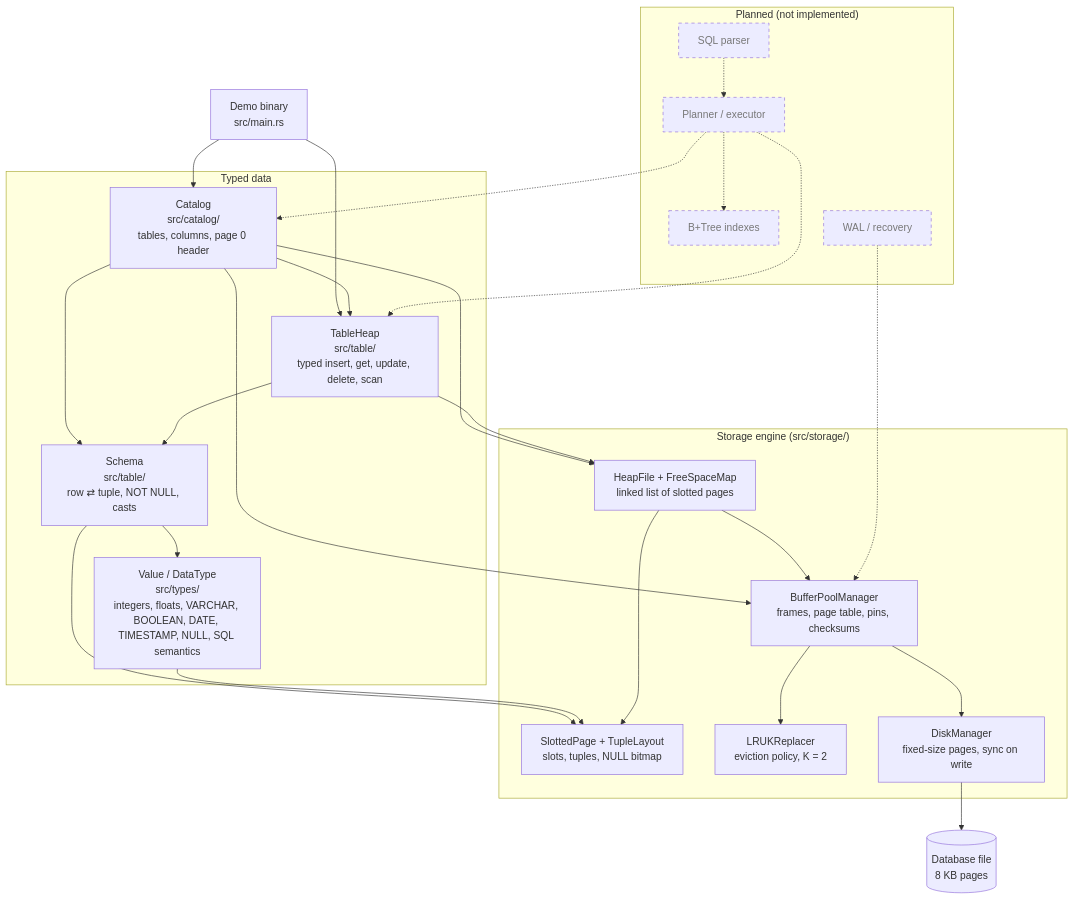
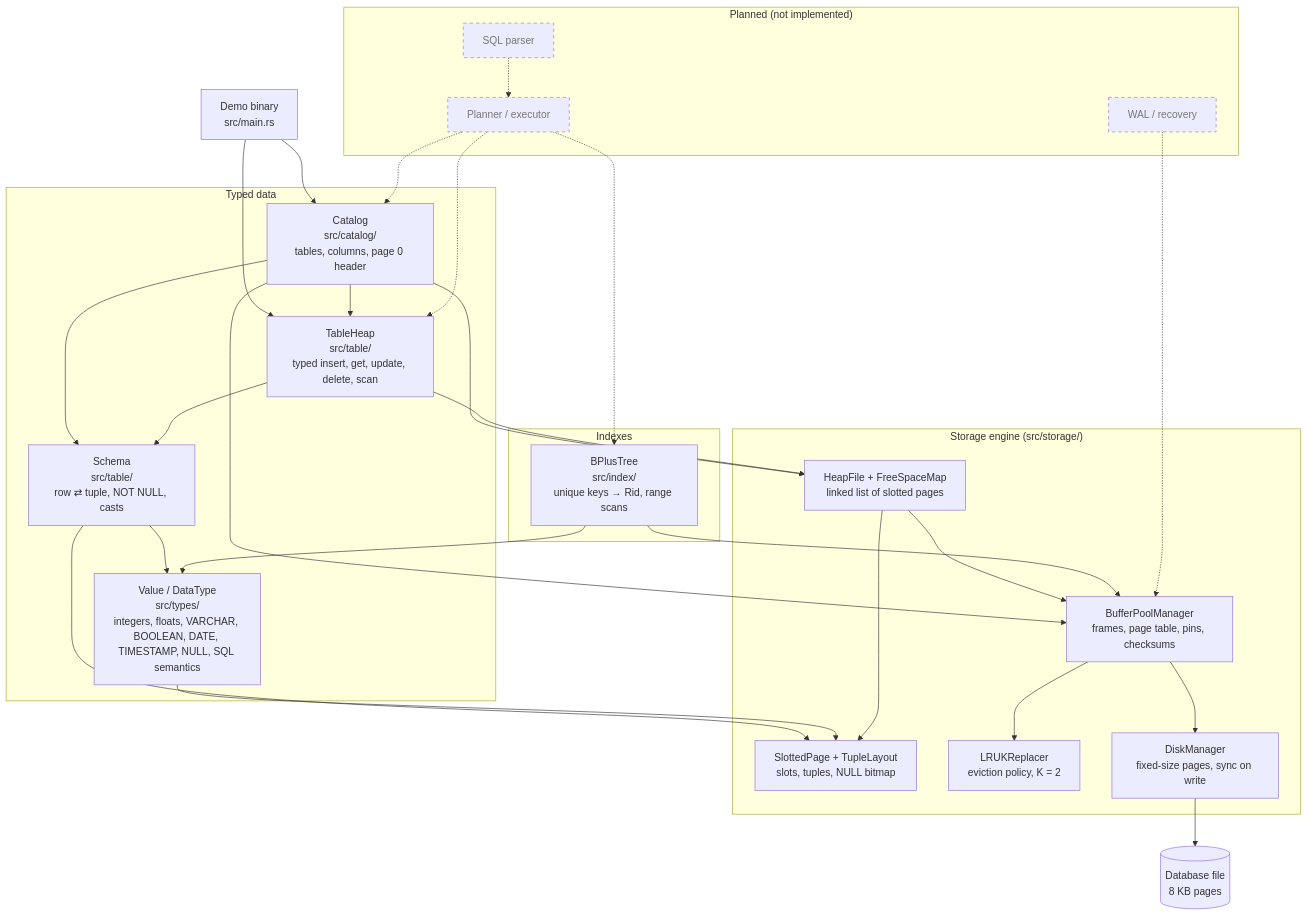
One commit to RodrigoGrz/ferro-db changed the diagram in docs/architecture.md. Above: the diagram before and after it, drawn with Mermaid. The commit also changed other lines of this file and 22 other files, not shown here.

````diff
--- a/docs/architecture.md
+++ b/docs/architecture.md
@@ -9,53 +9,58 @@
 ```mermaid
 flowchart TD
     demo["Demo binary<br/>src/main.rs"]
 
     subgraph upper["Typed data"]
         catalog["Catalog<br/>src/catalog/<br/>tables, columns, page 0 header"]
         tableheap["TableHeap<br/>src/table/<br/>typed insert, get, update, delete, scan"]
         schema["Schema<br/>src/table/<br/>row ⇄ tuple, NOT NULL, casts"]
         types["Value / DataType<br/>src/types/<br/>integers, floats, VARCHAR, BOOLEAN, DATE, TIMESTAMP, NULL, SQL semantics"]
+    end
+
+    subgraph indexes["Indexes"]
+        btree["BPlusTree<br/>src/index/<br/>unique keys → Rid, range scans"]
     end
 
     subgraph storage["Storage engine (src/storage/)"]
         heap["HeapFile + FreeSpaceMap<br/>linked list of slotted pages"]
         slotted["SlottedPage + TupleLayout<br/>slots, tuples, NULL bitmap"]
         bpm["BufferPoolManager<br/>frames, page table, pins, checksums"]
         replacer["LRUKReplacer<br/>eviction policy, K = 2"]
         disk["DiskManager<br/>fixed-size pages, sync on write"]
     end
 
     file[("Database file<br/>8 KB pages")]
 
     demo --> catalog
     demo --> tableheap
     catalog --> tableheap
     catalog --> heap
     catalog --> schema
     tableheap --> schema
     tableheap --> heap
     schema --> types
     schema --> slotted
     types --> slotted
     heap --> slotted
     heap --> bpm
     catalog --> bpm
+    btree --> types
+    btree --> bpm
     bpm --> replacer
     bpm --> disk
     disk --> file
 
     subgraph planned["Planned (not implemented)"]
         sql["SQL parser"]
         planner["Planner / executor"]
-        index["B+Tree indexes"]
         wal["WAL / recovery"]
     end
     sql -.-> planner
     planner -.-> catalog
     planner -.-> tableheap
-    planner -.-> index
+    planner -.-> btree
     wal -.-> bpm
 
     classDef plannedNode stroke-dasharray: 5 5,color:#777
-    class sql,planner,index,wal plannedNode
+    class sql,planner,wal plannedNode
 ```
````
